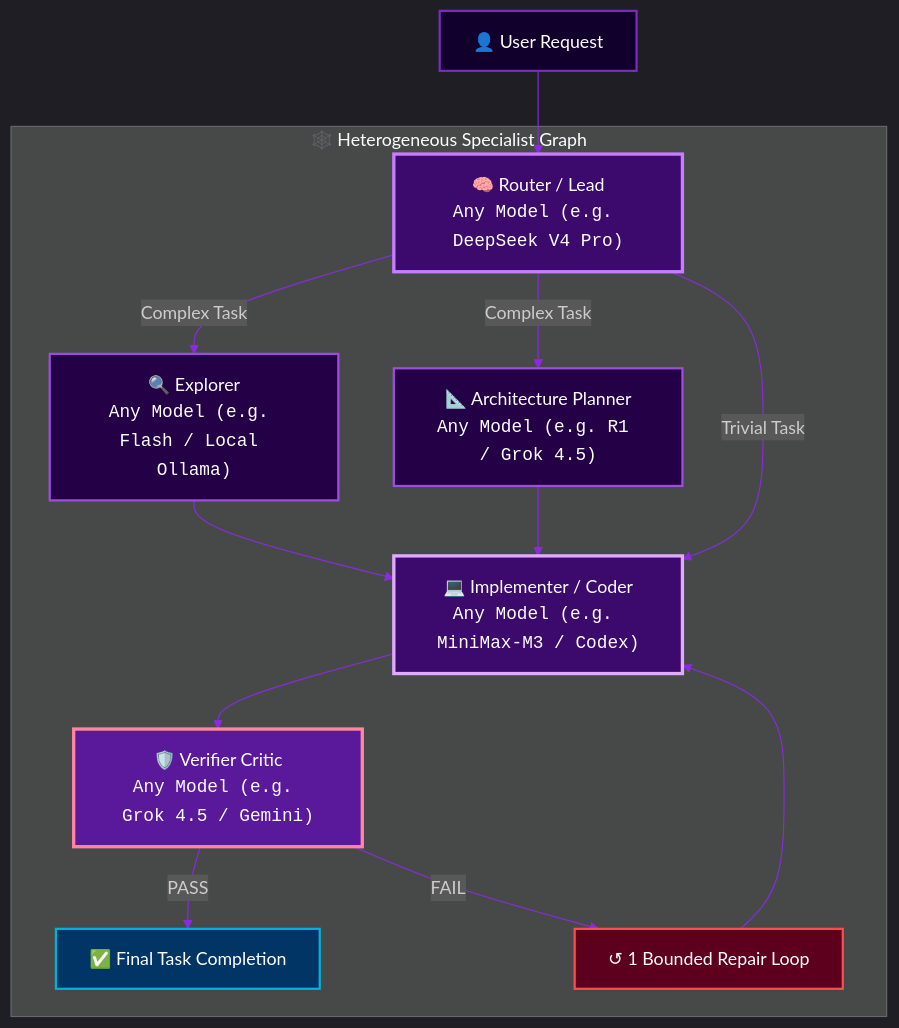
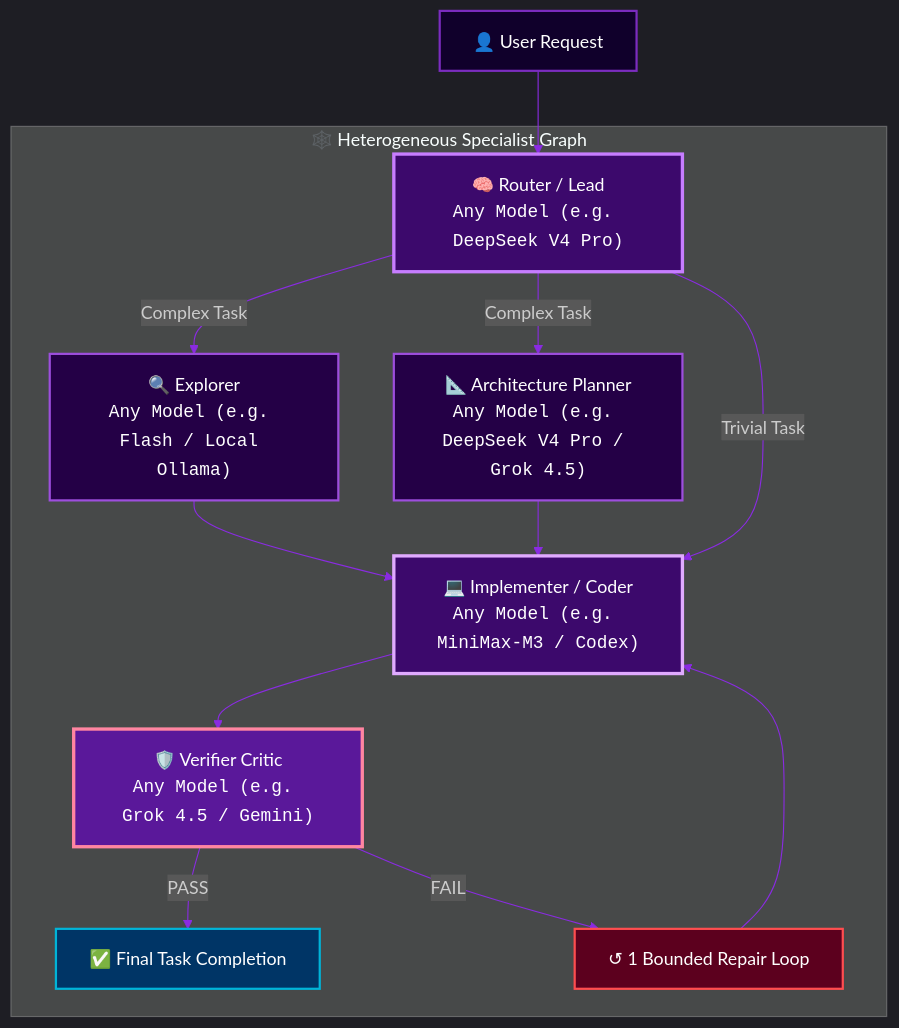
One commit to Shawn5cents/grok-build-legion-edition changed the diagram in README.md. Above: the diagram before and after it, drawn with Mermaid.

Commit message:
docs: update Mermaid diagram labels in README.md

````diff
--- a/README.md
+++ b/README.md
@@ -57,30 +57,30 @@
 ```mermaid
 %%{init: {'theme': 'dark', 'themeVariables': { 'lineColor': '#8A2BE2', 'primaryColor': '#1E1E2E', 'primaryTextColor': '#FFFFFF', 'primaryBorderColor': '#74C7EC', 'nodeBorder': '#74C7EC'}}}%%
 graph TD
     User["👤 User Request"] --> Router["🧠 Router / Lead<br/><code>Any Model (e.g. DeepSeek V4 Pro)</code>"]
 
     subgraph DAG ["🕸️ Heterogeneous Specialist Graph"]
         Router -->|Complex Task| Explorer["🔍 Explorer<br/><code>Any Model (e.g. Flash / Local Ollama)</code>"]
-        Router -->|Complex Task| Plan["📐 Architecture Planner<br/><code>Any Model (e.g. R1 / Grok 4.5)</code>"]
+        Router -->|Complex Task| Plan["📐 Architecture Planner<br/><code>Any Model (e.g. DeepSeek V4 Pro / Grok 4.5)</code>"]
         
         Explorer --> Implementer["💻 Implementer / Coder<br/><code>Any Model (e.g. MiniMax-M3 / Codex)</code>"]
         Plan --> Implementer
         
         Implementer --> Verifier["🛡️ Verifier Critic<br/><code>Any Model (e.g. Grok 4.5 / Gemini)</code>"]
         
         Verifier -->|PASS| Final["✅ Final Task Completion"]
         Verifier -->|FAIL| Repair["↺ 1 Bounded Repair Loop"]
         Repair --> Implementer
     end
 
     Router -->|Trivial Task| Implementer
 
     style User fill:#10002B,stroke:#7B2CBF,stroke-width:2px,color:#fff
     style Router fill:#3C096C,stroke:#C77DFF,stroke-width:3px,color:#fff
     style Explorer fill:#240046,stroke:#9D4EDD,stroke-width:2px,color:#fff
     style Plan fill:#240046,stroke:#9D4EDD,stroke-width:2px,color:#fff
     style Implementer fill:#3C096C,stroke:#E0AAFF,stroke-width:3px,color:#fff
     style Verifier fill:#5A189A,stroke:#FF85A1,stroke-width:3px,color:#fff
     style Final fill:#003566,stroke:#00B4D8,stroke-width:2px,color:#fff
     style Repair fill:#5c001e,stroke:#ff4d4f,stroke-width:2px,color:#fff
 ```
````
